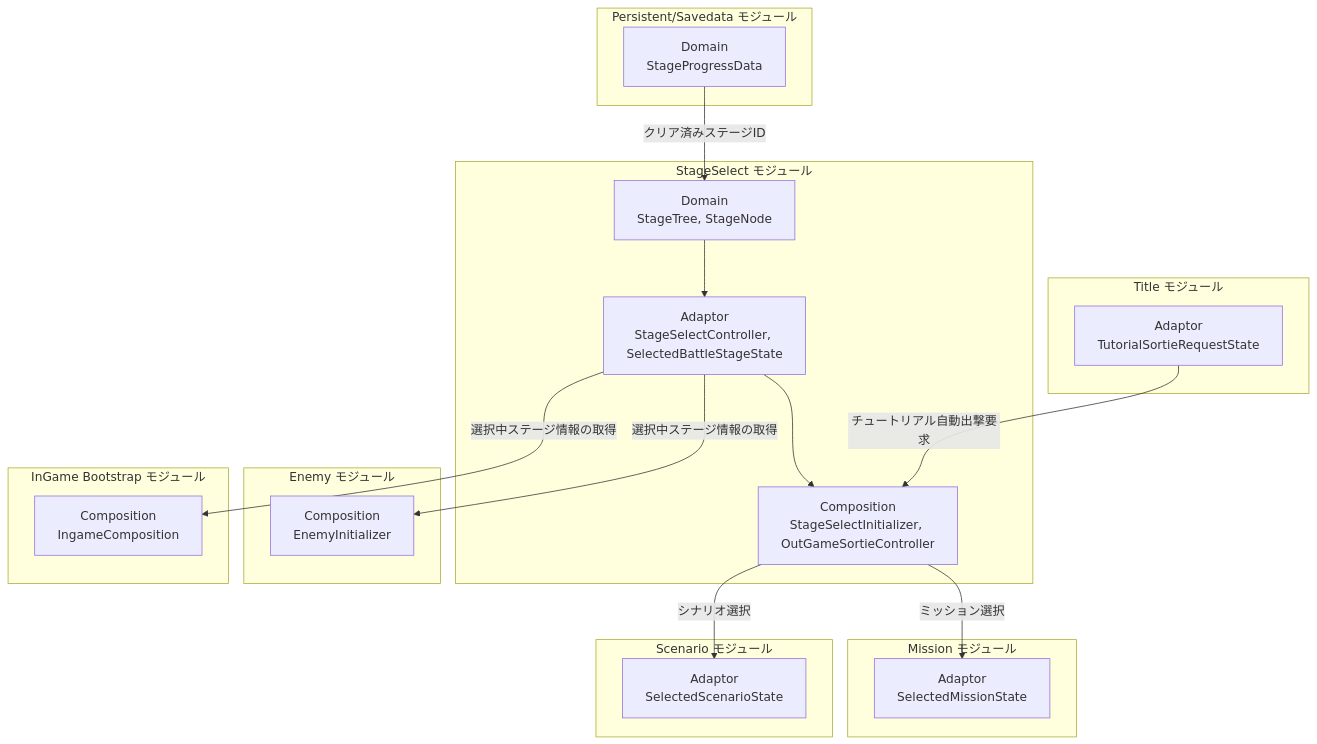
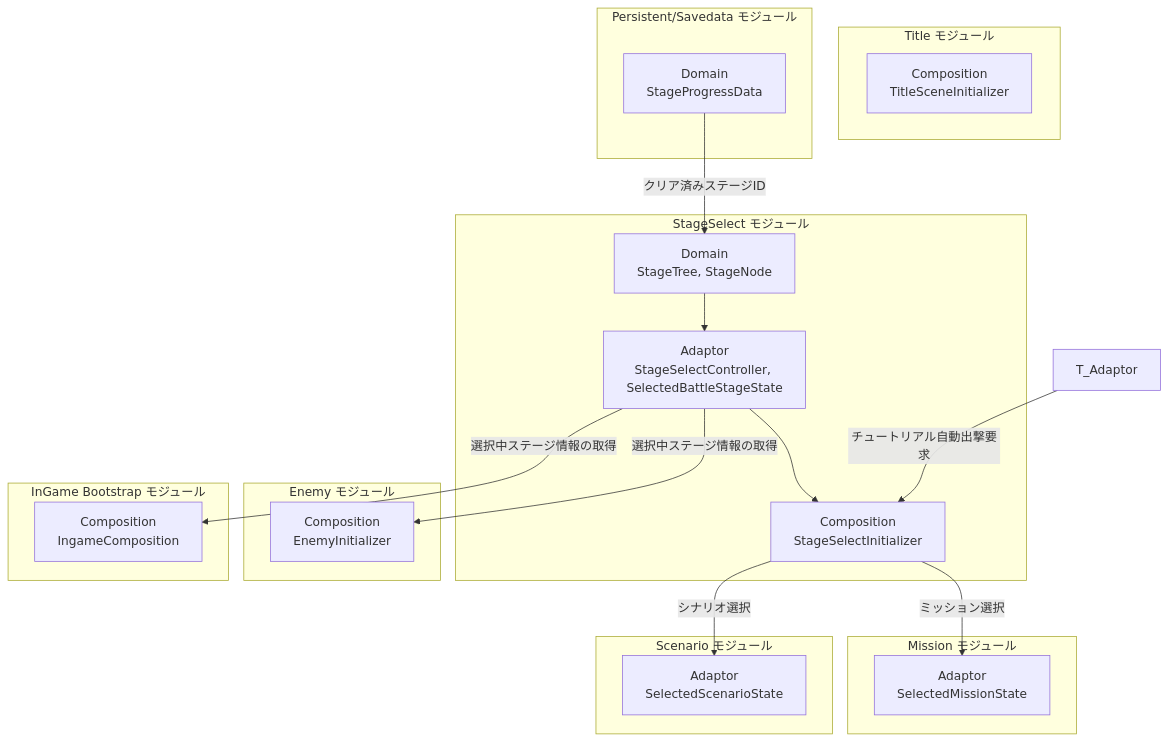
One commit to HIBIKI5201/SymphonyKillChord changed the first of 3 diagrams in Assets/Docs/ScriptsDocs/Modules/NotionModuleDocs/StageSelect.md. Above: the diagram before and after it, drawn with Mermaid. The commit also changed other lines of this file and 1 other file, not shown here.

First line of the commit message:
[update] StageSelect と Title を現行実装に追従（既存18本が完了）

````diff
--- a/Assets/Docs/ScriptsDocs/Modules/NotionModuleDocs/StageSelect.md
+++ b/Assets/Docs/ScriptsDocs/Modules/NotionModuleDocs/StageSelect.md
@@ -68,43 +69,43 @@
 ```mermaid
 graph TD
     %% 定義 (接続のないレイヤーは省略)
     subgraph StageSelectModule [StageSelect モジュール]
         SS_Domain["Domain<br>StageTree, StageNode"]
         SS_Adaptor["Adaptor<br>StageSelectController, SelectedBattleStageState"]
-        SS_Composition["Composition<br>StageSelectInitializer, OutGameSortieController"]
+        SS_Composition["Composition<br>StageSelectInitializer"]
         SS_Domain --> SS_Adaptor
         SS_Adaptor --> SS_Composition
     end
 
     subgraph TitleModule [Title モジュール]
-        T_Adaptor["Adaptor<br>TutorialSortieRequestState"]
+        T_Composition["Composition<br>TitleSceneInitializer"]
     end
 
     subgraph MissionModule [Mission モジュール]
         MS_Adaptor["Adaptor<br>SelectedMissionState"]
     end
 
     subgraph ScenarioModule [Scenario モジュール]
         SC_Adaptor["Adaptor<br>SelectedScenarioState"]
     end
 
     subgraph SavedataModule [Persistent/Savedata モジュール]
         SD_Domain["Domain<br>StageProgressData"]
     end
 
     subgraph EnemyModule [Enemy モジュール]
         E_Composition["Composition<br>EnemyInitializer"]
     end
 
     subgraph InGameBootstrapModule [InGame Bootstrap モジュール]
         IG_Composition["Composition<br>IngameComposition"]
     end
 
     %% 依存関係
     T_Adaptor -->|"チュートリアル自動出撃要求"| SS_Composition
     SS_Composition -->|"ミッション選択"| MS_Adaptor
     SS_Composition -->|"シナリオ選択"| SC_Adaptor
     SD_Domain -->|"クリア済みステージID"| SS_Domain
     SS_Adaptor -->|"選択中ステージ情報の取得"| E_Composition
     SS_Adaptor -->|"選択中ステージ情報の取得"| IG_Composition
 ```
````
